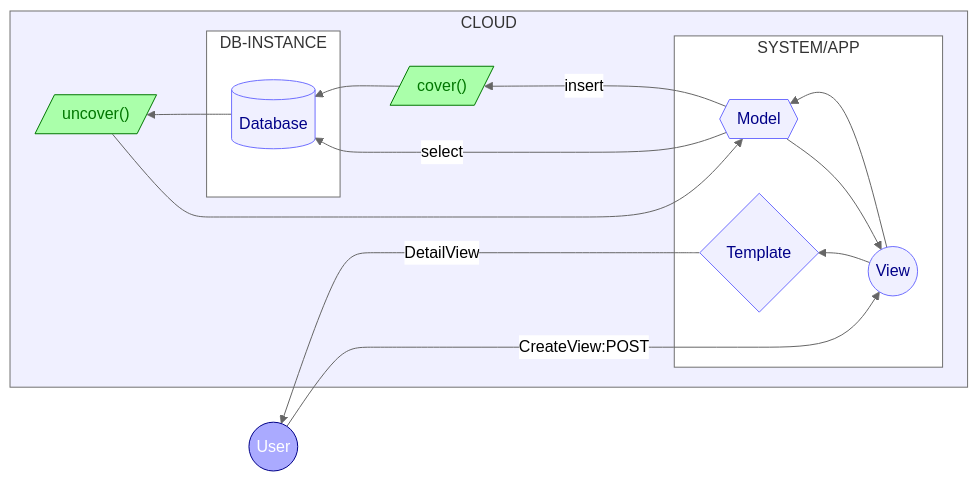
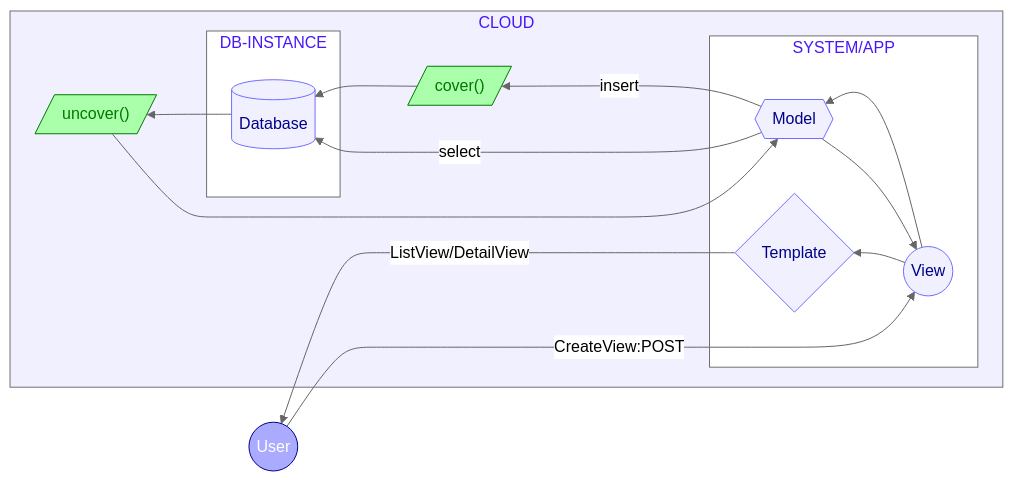
Before and after one commit to LucasGoncSilva/lipsum: the diagram in README.md, drawn with Mermaid (neutral theme). The commit also changed other lines of this file and 1 other file, not shown here.

Commit message:
license, mermaid and to-do list included into README.md

````diff
--- a/README.md
+++ b/README.md
@@ -75,42 +77,42 @@
 ```mermaid
 flowchart RL
 
 subgraph CLOUD
     subgraph SYSTEM/APP
         View((View)):::Arch
         Template{Template}:::Arch
         Model{{Model}}:::Arch
     end
 
     Cover[/"cover()"/]
     Uncover[/"uncover()"/]
 
     subgraph DB-INSTANCE
         Database[(Database)]:::Arch
     end
 end
 
 User((User))
 
 
 User -- CreateView:POST ----> View
 View --> Model -- insert --> Cover --> Database
 Model -- select --> Database
 Database --> Uncover --> Model
 Model --> View --> Template
-Template -- DetailView --> User
+Template -- ListView/DetailView --> User
 
 
 click Cover "https://github.com/LucasGoncSilva/lipsum/blob/main/secret/encript_db.py"
 click Uncover "https://github.com/LucasGoncSilva/lipsum/blob/main/secret/encript_db.py"
 
 
-style CLOUD fill:#f0f0ff;
-style SYSTEM/APP fill:#fff;
-style DB-INSTANCE fill:#fff;
+style CLOUD fill:#f0f0ff,color:#4717f6;
+style SYSTEM/APP fill:#fff,color:#4717f6;
+style DB-INSTANCE fill:#fff,color:#4717f6;
 style User fill:#aaf,color:#fff,stroke:#008;
 style Cover fill:#afa,color:#070,stroke:#070;
 style Uncover fill:#afa,color:#070,stroke:#070;
 
 classDef Arch fill:#f0f0ff,color:#008,stroke:#6f6fff;
 ```
````
